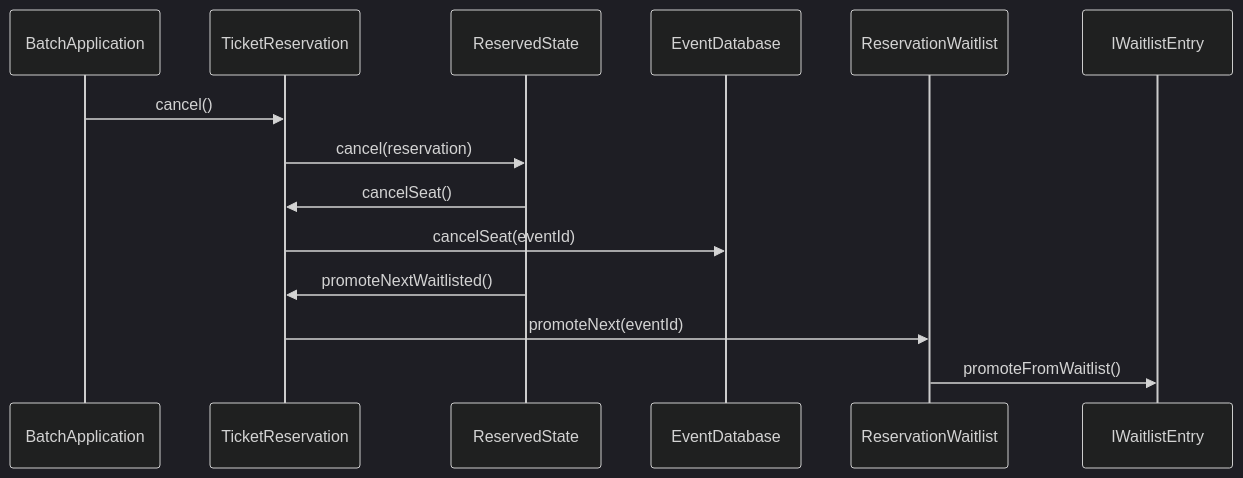
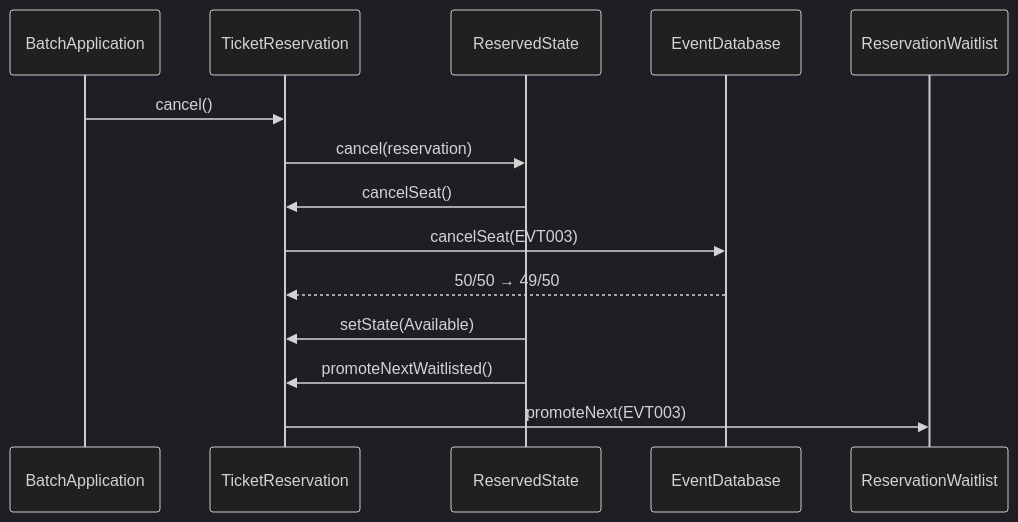
One commit to kumachan1101-pixel/DesignPattern changed diagram 18 of 26 in kindle/design-patterns/books/volume01-core-patterns/output/04-chapter02.md. Above: the diagram before and after it, drawn with Mermaid (dark theme). The commit also changed other lines of this file and 19 other files, not shown here.

````diff
--- a/kindle/design-patterns/books/volume01-core-patterns/output/04-chapter02.md
+++ b/kindle/design-patterns/books/volume01-core-patterns/output/04-chapter02.md
@@ -1959,17 +1904,17 @@
 ```mermaid
 sequenceDiagram
     participant BA as BatchApplication
     participant R as TicketReservation
     participant S as ReservedState
     participant DB as EventDatabase
     participant WQ as ReservationWaitlist
-    participant E as IWaitlistEntry
 
     BA->>R: cancel()
     R->>S: cancel(reservation)
     S->>R: cancelSeat()
-    R->>DB: cancelSeat(eventId)
+    R->>DB: cancelSeat(EVT003)
+    DB-->>R: 50/50 → 49/50
+    S->>R: setState(Available)
     S->>R: promoteNextWaitlisted()
-    R->>WQ: promoteNext(eventId)
-    WQ->>E: promoteFromWaitlist()
+    R->>WQ: promoteNext(EVT003)
 ```
````
